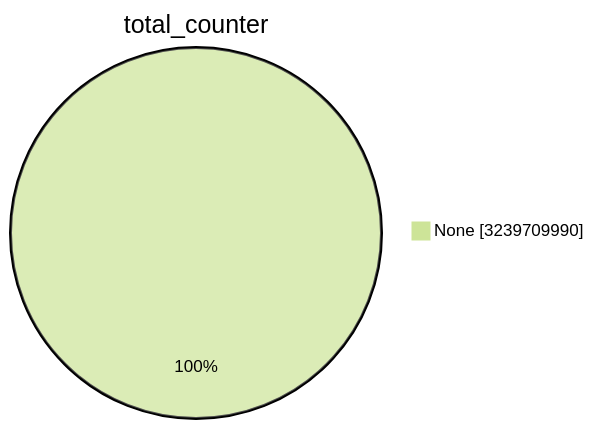
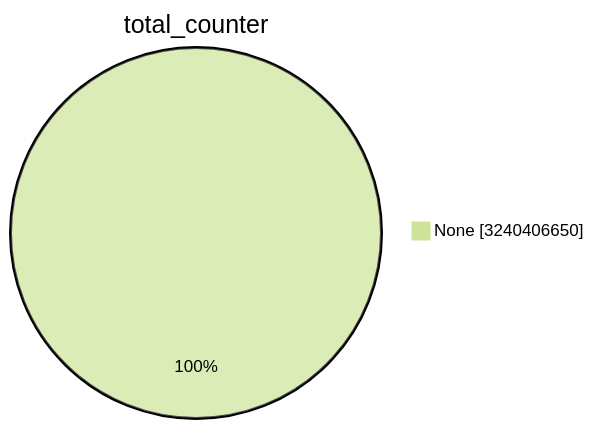
The first of 15 diagrams in TOTAL/README.md (christiankrug/ctmonitor_visualization), drawn with Mermaid (forest theme) before and after one commit. The commit also changed other lines of this file, not shown here.

````diff
--- a/TOTAL/README.md
+++ b/TOTAL/README.md
@@ -1,5 +1,5 @@
 ```mermaid
 pie showData
 title total_counter
-"None" :3239709990
+"None" :3240406650
 ```
````
